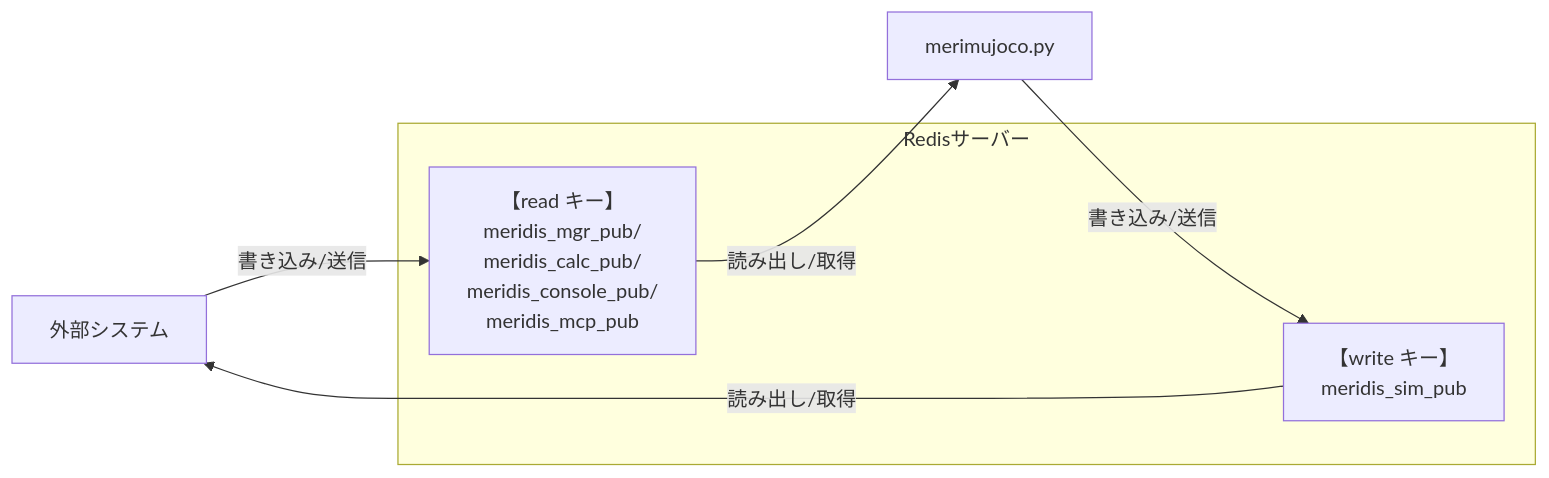
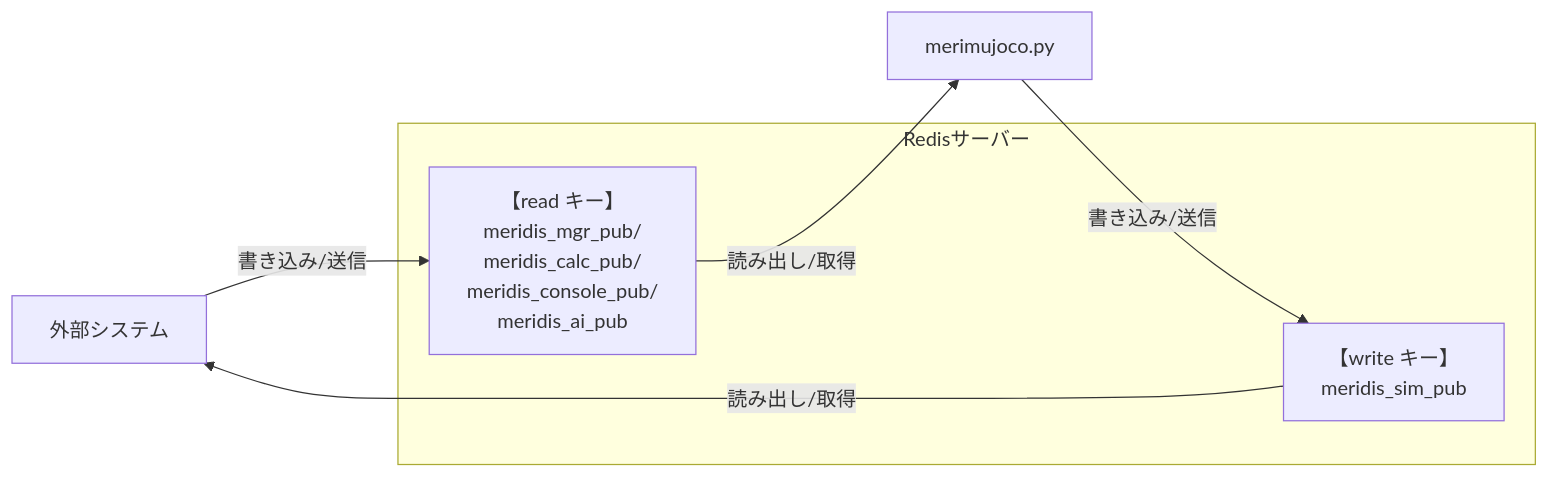
Before and after one commit to holypong/merimujoco: the diagram in README_advance.md, drawn with Mermaid. The commit also changed other lines of this file and 1 other file, not shown here.

Commit message:
feat: Redis設定ファイルの更新
README_advance.mdとREADME_advance_EN.mdにおいて、MCPサーバーとの連携に関する記述をAIエージェントとの連携に変更しました。また、読み取りキーのリストにおいても、対応する項目を更新しました。

````diff
--- a/README_advance.md
+++ b/README_advance.md
@@ -83,13 +83,13 @@
 ```mermaid
 flowchart LR
   Controller[外部システム]
   Simulation[merimujoco.py]
   subgraph Redisサーバー
-    ReadKey["【read キー】<br/>meridis_mgr_pub/<br>meridis_calc_pub/<br>meridis_console_pub/<br> meridis_mcp_pub"]
+    ReadKey["【read キー】<br/>meridis_mgr_pub/<br>meridis_calc_pub/<br>meridis_console_pub/<br> meridis_ai_pub"]
     WriteKey["【write キー】<br/>meridis_sim_pub"]
   end
   Controller -- 書き込み/送信 --> ReadKey
   ReadKey -- 読み出し/取得 --> Simulation
   Simulation -- 書き込み/送信 --> WriteKey
   WriteKey -- 読み出し/取得 --> Controller
 ```
````
